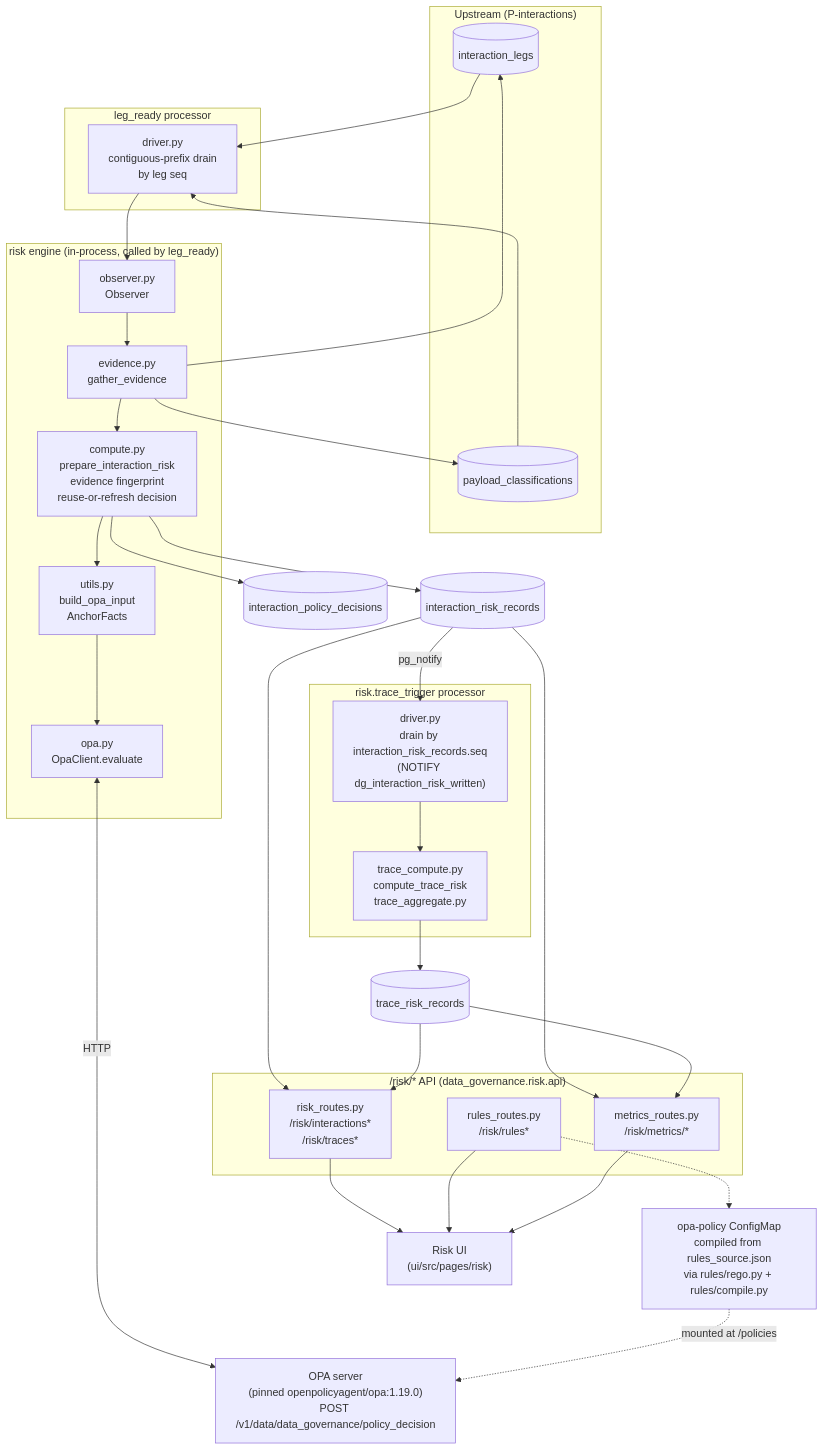
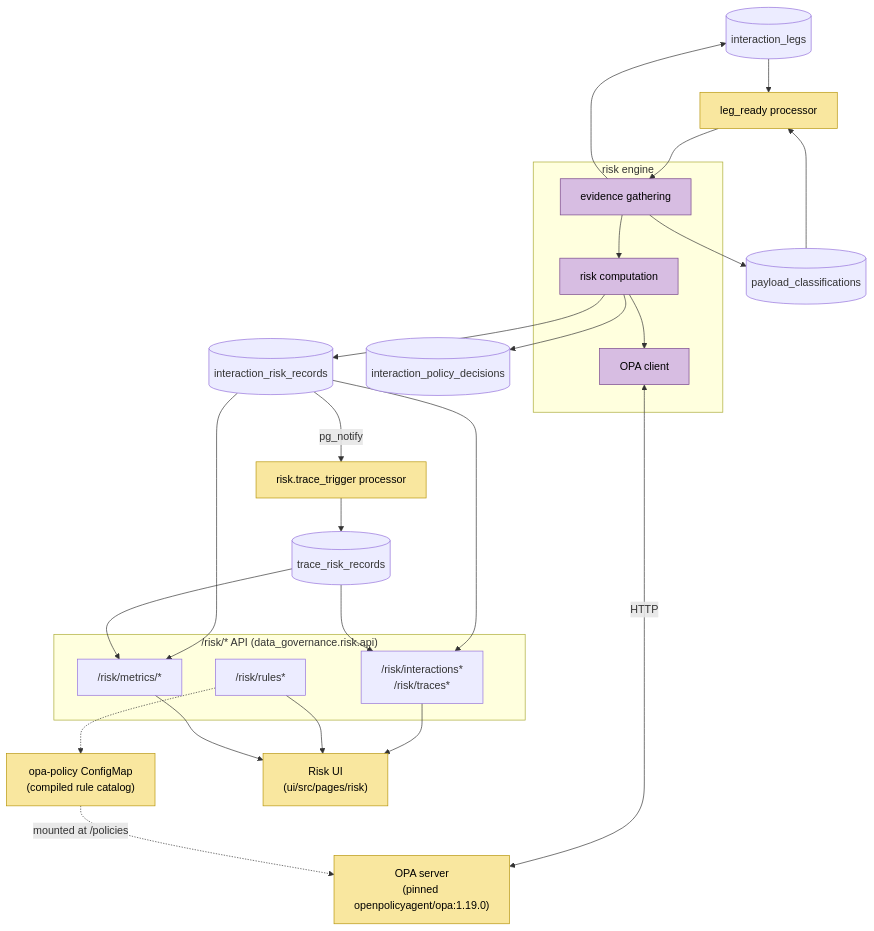
One commit to rossoctl/lab-data-governance changed the diagram in data_governance/risk/README.md. Above: the diagram before and after it, drawn with Mermaid.

Commit message:
docs(risk): simplify architecture diagram to component level
Drop per-file/method detail from the diagram's boxes. Keep only the
sub-components (yellow) and DB tables, the risk engine's three internal
stages (purple: evidence gathering, risk computation, OPA client), and
the /risk/* API's individual route groups.

````diff
--- a/data_governance/risk/README.md
+++ b/data_governance/risk/README.md
@@ -14,61 +14,57 @@
 ```mermaid
 flowchart TB
-    subgraph upstream["Upstream (P-interactions)"]
-        legs[("interaction_legs")]
-        payloads[("payload_classifications")]
+    legs[("interaction_legs")]
+    payloads[("payload_classifications")]
+
+    LEGREADY["leg_ready processor"]
+
+    subgraph engine["risk engine"]
+        EVID["evidence gathering"]
+        COMP["risk computation"]
+        OPAC["OPA client"]
     end
 
-    subgraph legready["leg_ready processor"]
-        LRD["driver.py\ncontiguous-prefix drain\nby leg seq"]
-    end
+    OPA["OPA server\n(pinned openpolicyagent/opa:1.19.0)"]
+    BUNDLE["opa-policy ConfigMap\n(compiled rule catalog)"]
 
-    subgraph engine["risk engine (in-process, called by leg_ready)"]
-        OBS["observer.py\nObserver"]
-        EVID["evidence.py\ngather_evidence"]
-        COMP["compute.py\nprepare_interaction_risk\nevidence fingerprint\nreuse-or-refresh decision"]
-        OPAC["opa.py\nOpaClient.evaluate"]
-        UTIL["utils.py\nbuild_opa_input\nAnchorFacts"]
-    end
+    IPD[("interaction_policy_decisions")]
+    IRR[("interaction_risk_records")]
 
-    OPA["OPA server\n(pinned openpolicyagent/opa:1.19.0)\nPOST /v1/data/data_governance/policy_decision"]
-    BUNDLE["opa-policy ConfigMap\ncompiled from rules_source.json\nvia rules/rego.py + rules/compile.py"]
-
-    IRR[("interaction_risk_records")]
-    IPD[("interaction_policy_decisions")]
-
-    subgraph tracetrigger["risk.trace_trigger processor"]
-        TTD["driver.py\ndrain by interaction_risk_records.seq\n(NOTIFY dg_interaction_risk_written)"]
-        TCOMP["trace_compute.py\ncompute_trace_risk\ntrace_aggregate.py"]
-    end
+    TRACETRIGGER["risk.trace_trigger processor"]
 
     TRR[("trace_risk_records")]
 
     subgraph api["/risk/* API (data_governance.risk.api)"]
-        RROUTES["risk_routes.py\n/risk/interactions*\n/risk/traces*"]
-        RULES["rules_routes.py\n/risk/rules*"]
-        METRICS["metrics_routes.py\n/risk/metrics/*"]
+        RROUTES["/risk/interactions*\n/risk/traces*"]
+        RULES["/risk/rules*"]
+        METRICS["/risk/metrics/*"]
     end
 
     UI["Risk UI\n(ui/src/pages/risk)"]
 
-    legs --> LRD
-    payloads --> LRD
-    LRD --> OBS --> EVID --> COMP
+    legs --> LEGREADY
+    payloads --> LEGREADY
+    LEGREADY --> EVID --> COMP
     EVID --> legs
     EVID --> payloads
-    COMP --> UTIL --> OPAC
+    COMP --> OPAC
     OPAC <-->|HTTP| OPA
     BUNDLE -.->|mounted at /policies| OPA
     COMP --> IPD
     COMP --> IRR
-    IRR -->|pg_notify| TTD --> TCOMP --> TRR
+    IRR -->|pg_notify| TRACETRIGGER --> TRR
 
     IRR --> RROUTES
     TRR --> RROUTES
     RULES -.-> BUNDLE
     IRR --> METRICS
     TRR --> METRICS
     RROUTES --> UI
     RULES --> UI
     METRICS --> UI
+
+    classDef component fill:#f9e79f,stroke:#b7950b,color:#000
+    classDef enginebox fill:#d7bde2,stroke:#76448a,color:#000
+    class LEGREADY,TRACETRIGGER,OPA,BUNDLE,UI component
+    class EVID,COMP,OPAC enginebox
 ```
````
